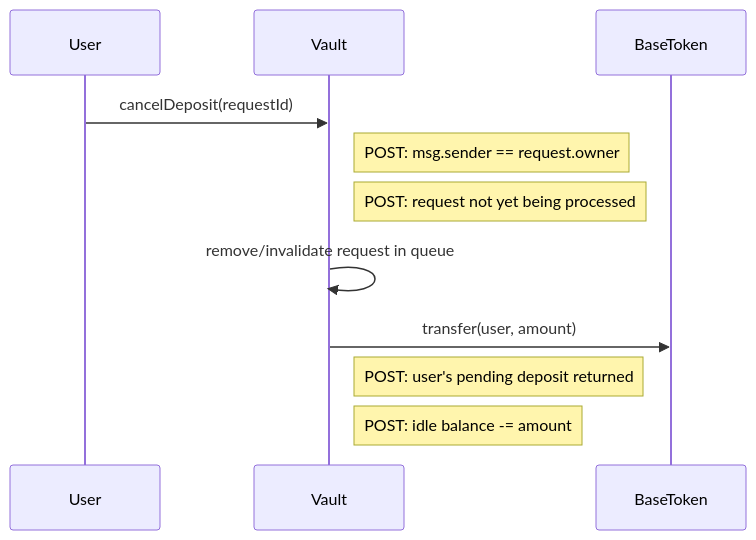
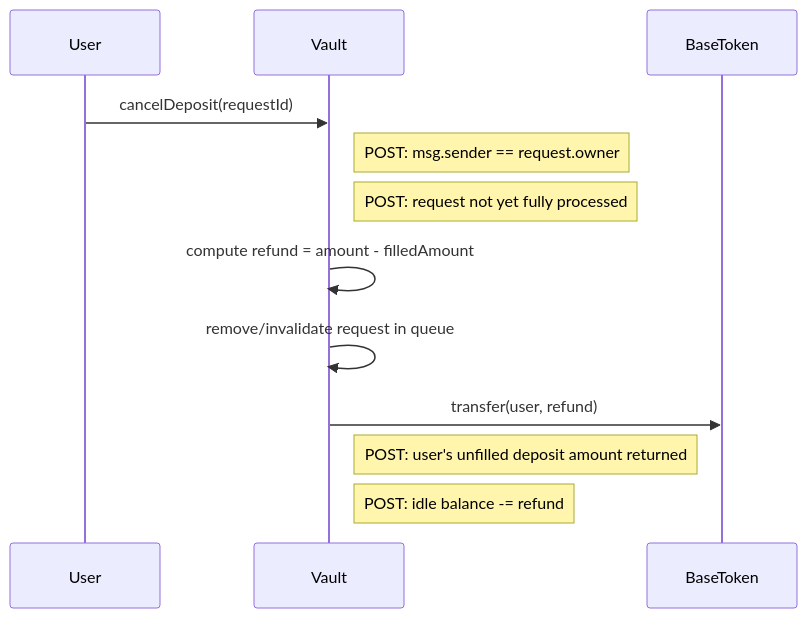
Before and after one commit to evgenynacu/leverage-vaults: the second of 20 diagrams in docs/architecture/call-diagrams.md, drawn with Mermaid. The commit also changed other lines of this file and 25 other files, not shown here.

````diff
--- a/docs/architecture/call-diagrams.md
+++ b/docs/architecture/call-diagrams.md
@@ -19,10 +21,11 @@
 ```mermaid
 sequenceDiagram
     User->>Vault: cancelDeposit(requestId)
     note right of Vault: POST: msg.sender == request.owner
-    note right of Vault: POST: request not yet being processed
+    note right of Vault: POST: request not yet fully processed
+    Vault->>Vault: compute refund = amount - filledAmount
     Vault->>Vault: remove/invalidate request in queue
-    Vault->>BaseToken: transfer(user, amount)
-    note right of Vault: POST: user's pending deposit returned
-    note right of Vault: POST: idle balance -= amount
+    Vault->>BaseToken: transfer(user, refund)
+    note right of Vault: POST: user's unfilled deposit amount returned
+    note right of Vault: POST: idle balance -= refund
 ```
````
